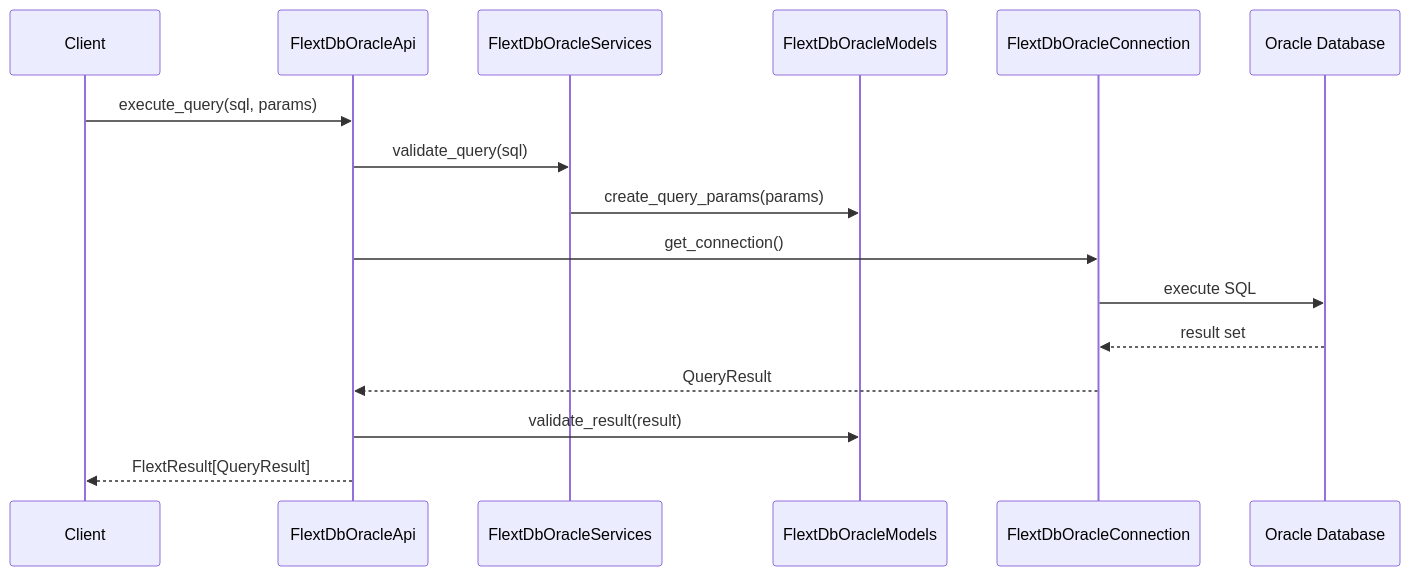
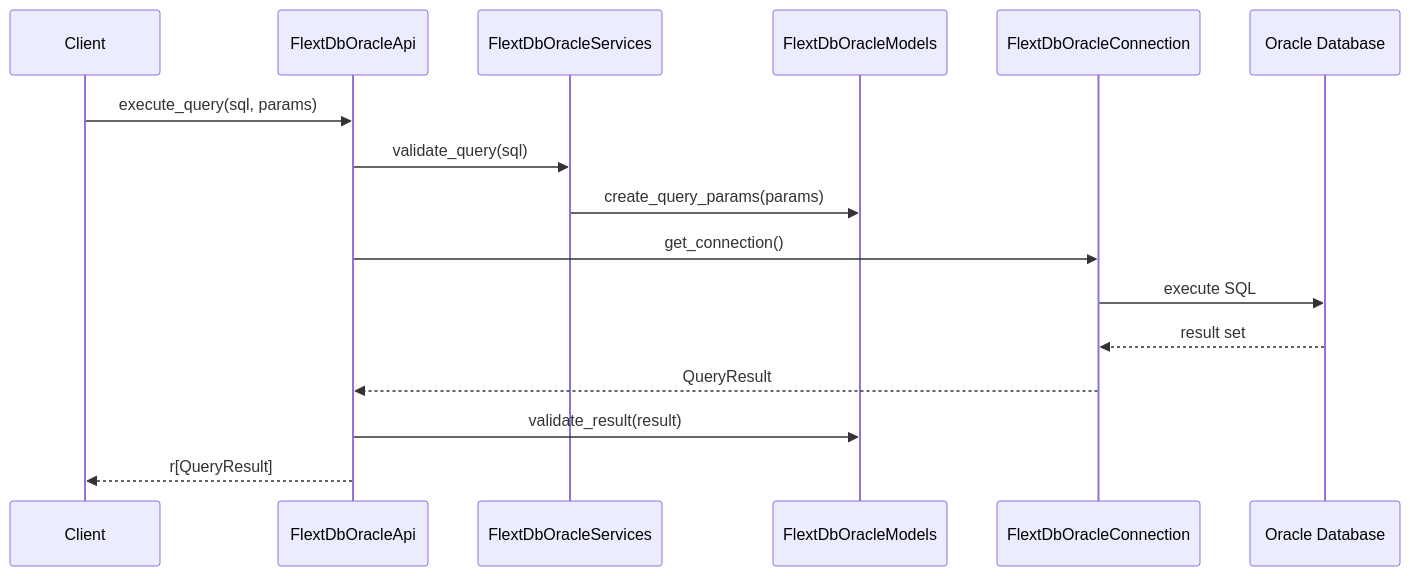
The second of 4 diagrams in docs/architecture/c4-components.md (flext-sh/flext-db-oracle), drawn with Mermaid before and after one commit. The commit also changed other lines of this file and 29 other files, not shown here.

````diff
--- a/docs/architecture/c4-components.md
+++ b/docs/architecture/c4-components.md
@@ -336,19 +336,19 @@
 ```mermaid
 sequenceDiagram
     participant Client
     participant API as FlextDbOracleApi
     participant Services as FlextDbOracleServices
     participant Models as FlextDbOracleModels
     participant Connection as FlextDbOracleConnection
     participant Oracle as Oracle Database
 
     Client->>API: execute_query(sql, params)
     API->>Services: validate_query(sql)
     Services->>Models: create_query_params(params)
     API->>Connection: get_connection()
     Connection->>Oracle: execute SQL
     Oracle-->>Connection: result set
     Connection-->>API: QueryResult
     API->>Models: validate_result(result)
-    API-->>Client: FlextResult[QueryResult]
+    API-->>Client: r[QueryResult]
 ```
````
